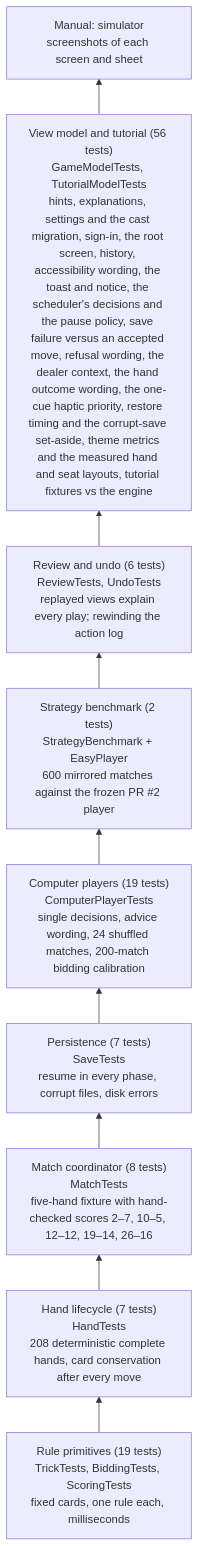
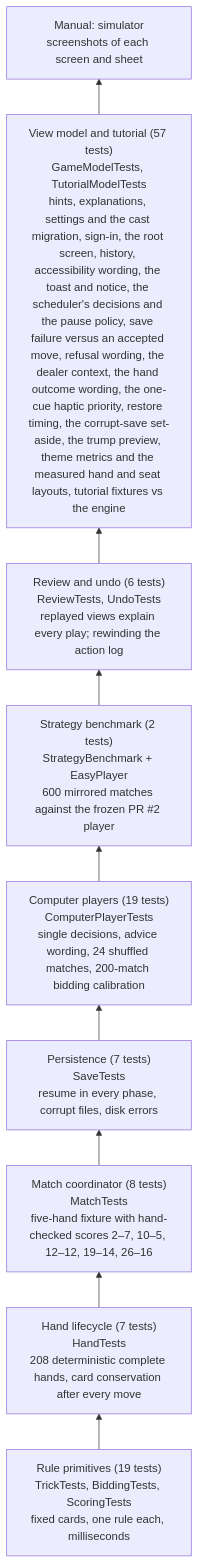
One commit to cmurphy1140/catch-5 changed the first of 2 diagrams in docs/testing.md. Above: the diagram before and after it, drawn with Mermaid. The commit also changed other lines of this file and 6 other files, not shown here.

First line of the commit message:
Name the suit pills and preview what each trump choice keeps and draws (#31)

````diff
--- a/docs/testing.md
+++ b/docs/testing.md
@@ -40,13 +40,13 @@
 ```mermaid
 flowchart BT
     L1["Rule primitives (19 tests)<br/>TrickTests, BiddingTests, ScoringTests<br/>fixed cards, one rule each, milliseconds"]
     L2["Hand lifecycle (7 tests)<br/>HandTests<br/>208 deterministic complete hands, card conservation after every move"]
     L3["Match coordinator (8 tests)<br/>MatchTests<br/>five-hand fixture with hand-checked scores 2–7, 10–5, 12–12, 19–14, 26–16"]
     L4["Persistence (7 tests)<br/>SaveTests<br/>resume in every phase, corrupt files, disk errors"]
     L5["Computer players (19 tests)<br/>ComputerPlayerTests<br/>single decisions, advice wording, 24 shuffled matches, 200-match bidding calibration"]
     L5b["Strategy benchmark (2 tests)<br/>StrategyBenchmark + EasyPlayer<br/>600 mirrored matches against the frozen PR #2 player"]
     L5c["Review and undo (6 tests)<br/>ReviewTests, UndoTests<br/>replayed views explain every play; rewinding the action log"]
-    L6["View model and tutorial (56 tests)<br/>GameModelTests, TutorialModelTests<br/>hints, explanations, settings and the cast migration, sign-in, the root screen, history, accessibility wording, the toast and notice, the scheduler's decisions and the pause policy, save failure versus an accepted move, refusal wording, the dealer context, the hand outcome wording, the one-cue haptic priority, restore timing and the corrupt-save set-aside, theme metrics and the measured hand and seat layouts, tutorial fixtures vs the engine"]
+    L6["View model and tutorial (57 tests)<br/>GameModelTests, TutorialModelTests<br/>hints, explanations, settings and the cast migration, sign-in, the root screen, history, accessibility wording, the toast and notice, the scheduler's decisions and the pause policy, save failure versus an accepted move, refusal wording, the dealer context, the hand outcome wording, the one-cue haptic priority, restore timing, the corrupt-save set-aside, the trump preview, theme metrics and the measured hand and seat layouts, tutorial fixtures vs the engine"]
     L7["Manual: simulator<br/>screenshots of each screen and sheet"]
     L1 --> L2 --> L3 --> L4 --> L5 --> L5b --> L5c --> L6 --> L7
 ```
````
